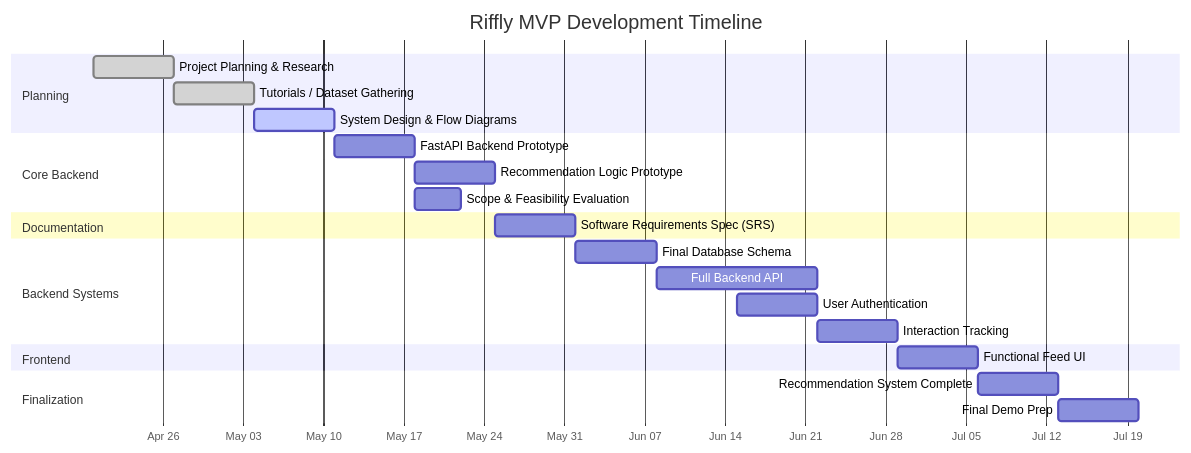
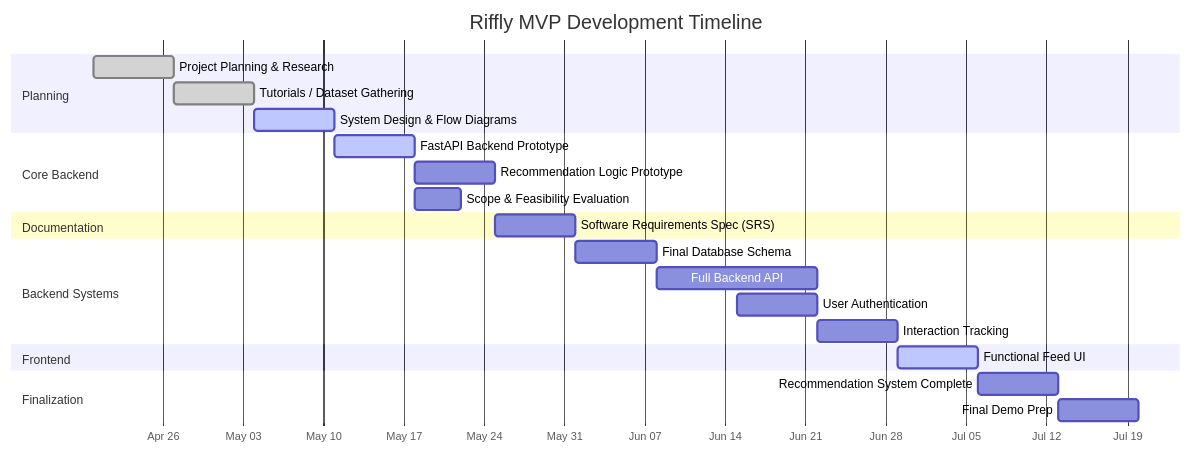
The fourth of 4 diagrams in README.md (Zachwm/riffly), drawn with Mermaid before and after one commit. The commit also changed other lines of this file, not shown here.

````diff
--- a/README.md
+++ b/README.md
@@ -20,34 +138,34 @@
 ```mermaid
 gantt
     title Riffly MVP Development Timeline
     dateFormat  YYYY-MM-DD
     axisFormat  %b %d
 
     section Planning
     Project Planning & Research        :done, p1, 2026-04-20, 7d
     Tutorials / Dataset Gathering     :done, p2, 2026-04-27, 7d
     System Design & Flow Diagrams     :active, p3, 2026-05-04, 7d
 
     section Core Backend
-    FastAPI Backend Prototype         :p4, 2026-05-11, 7d
+    FastAPI Backend Prototype         :active, p4, 2026-05-11, 7d
     Recommendation Logic Prototype    :p5, 2026-05-18, 7d
     Scope & Feasibility Evaluation    :p6, 2026-05-18, 4d
 
     section Documentation
     Software Requirements Spec (SRS) :p7, 2026-05-25, 7d
 
     section Backend Systems
     Final Database Schema             :p8, 2026-06-01, 7d
     Full Backend API                  :p9, 2026-06-08, 14d
     User Authentication               :p10, 2026-06-15, 7d
     Interaction Tracking              :p11, 2026-06-22, 7d
 
     section Frontend
-    Functional Feed UI                :p12, 2026-06-29, 7d
+    Functional Feed UI                :active, p12, 2026-06-29, 7d
 
     section Finalization
     Recommendation System Complete    :p13, 2026-07-06, 7d
     Final Demo Prep                   :p14, 2026-07-13, 7d
 
     todayMarker stroke-width:4px,stroke:#ff0000,opacity:0.7
 ```
````
